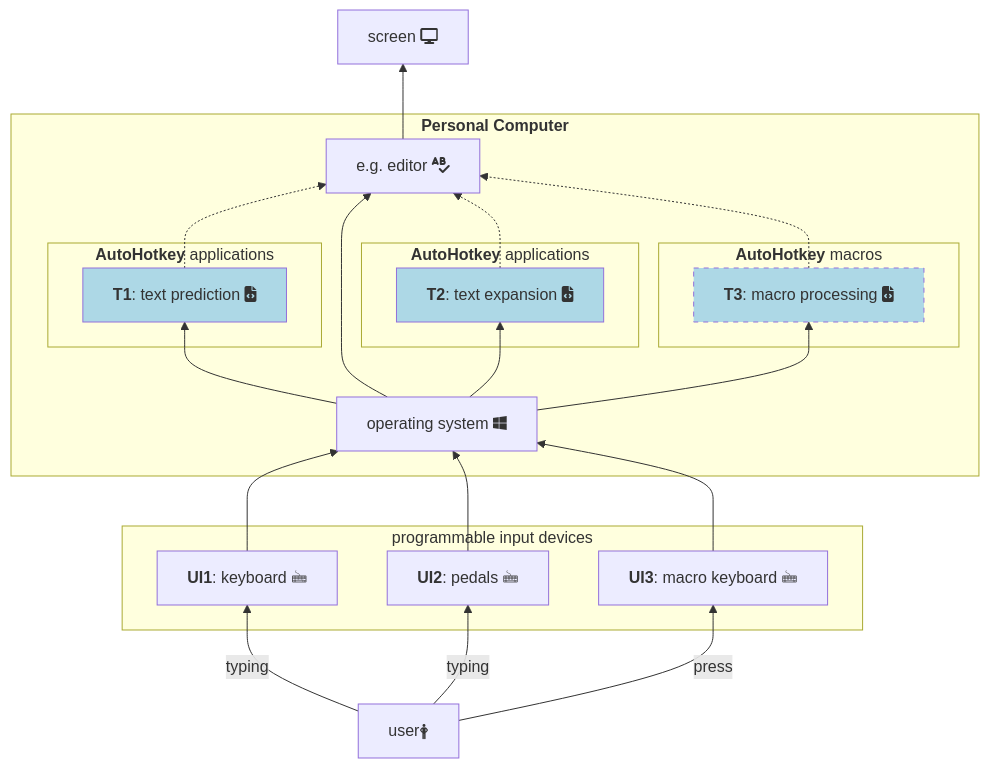
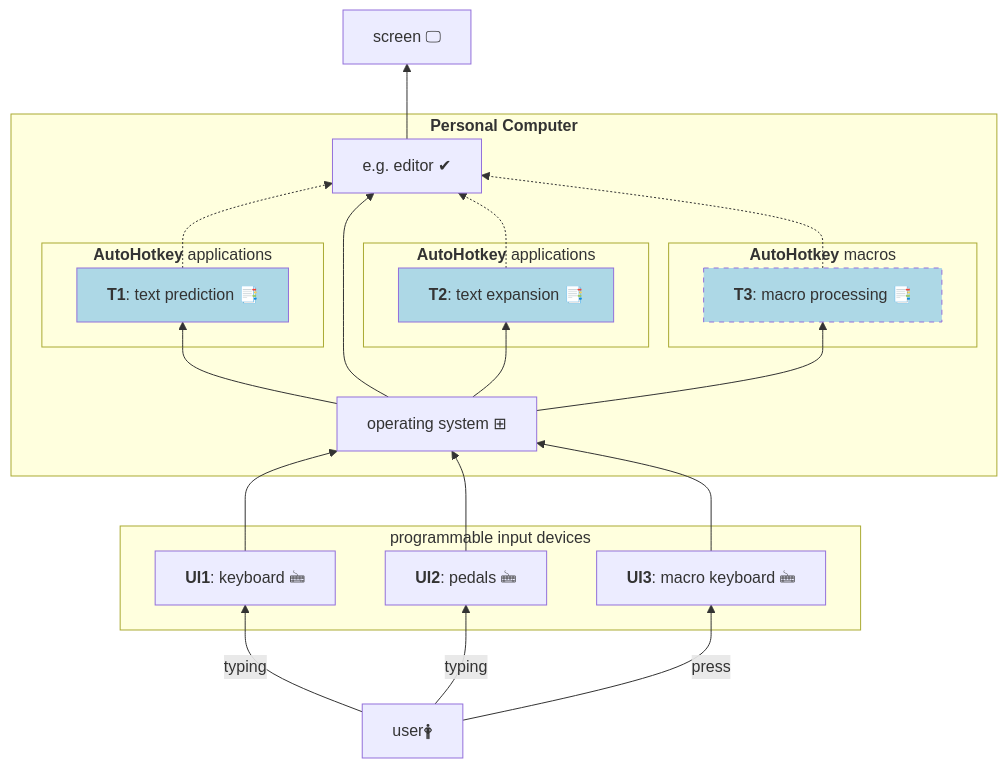
The first of 4 diagrams in BlockDiagrams_AHK.md (mslonik/mslonik), drawn with Mermaid before and after one commit. The commit also changed other lines of this file, not shown here.

````diff
--- a/BlockDiagrams_AHK.md
+++ b/BlockDiagrams_AHK.md
@@ -8,57 +8,57 @@
 ```mermaid
 %% new approach
 flowchart BT
 	user["user🛉"]
 	keyboard["`**UI1**: keyboard 🖮`"]
 	pedals["`**UI2**: pedals 🖮`"]
     MacroKeyboard["`**UI3**: macro keyboard 🖮`"] 
-	screen[screen fa:fa-display]
-	OperatingSystem[operating system <i class="fa-brands fa-windows"></i>]
-	editor[e.g. editor fa:fa-spell-check]
-	TextPrediction["`**T1**: text prediction fa:fa-file-code`"]
-	TextExpansion["`**T2**: text expansion fa:fa-file-code`"]
-    MacroProcessing["`**T3**: macro processing fa:fa-file-code`"]
+	screen["screen 🖵"] 
+	OperatingSystem["operating system ⊞"]
+	editor[e.g. editor ✔]
+	TextPrediction["`**T1**: text prediction 📑`"]
+	TextExpansion["`**T2**: text expansion 📑`"]
+    MacroProcessing["`**T3**: macro processing 📑`"]
 
     user	-->	 |typing| keyboard
     user	-->	 |typing| pedals
     user    -->  |press| MacroKeyboard
     
     subgraph programmable input devices
         keyboard
         pedals
         MacroKeyboard
     end
 
     subgraph "`**Personal Computer**`"
         
         style TextPrediction 	fill:lightblue
         style TextExpansion 	fill:lightblue
         style MacroProcessing   fill:lightblue, stroke-dasharray:5
 
         subgraph "`**AutoHotkey** applications`"
             TextPrediction
         end
 
         subgraph "`**AutoHotkey** applications`"
             TextExpansion
         end
 
         subgraph "`**AutoHotkey** macros`"
             MacroProcessing
         end
    
         OperatingSystem		--> 	TextPrediction
         OperatingSystem		--> 	TextExpansion
         OperatingSystem     -->     MacroProcessing
         
         TextPrediction 		-.-> 	editor
         OperatingSystem		--> 	editor
         TextExpansion 		-.-> 	editor
         MacroProcessing     -.->    editor
     end
 
         keyboard			--> 	OperatingSystem
         pedals 				--> 	OperatingSystem
         MacroKeyboard       -->     OperatingSystem
         editor	            -->     screen
 ```
````
